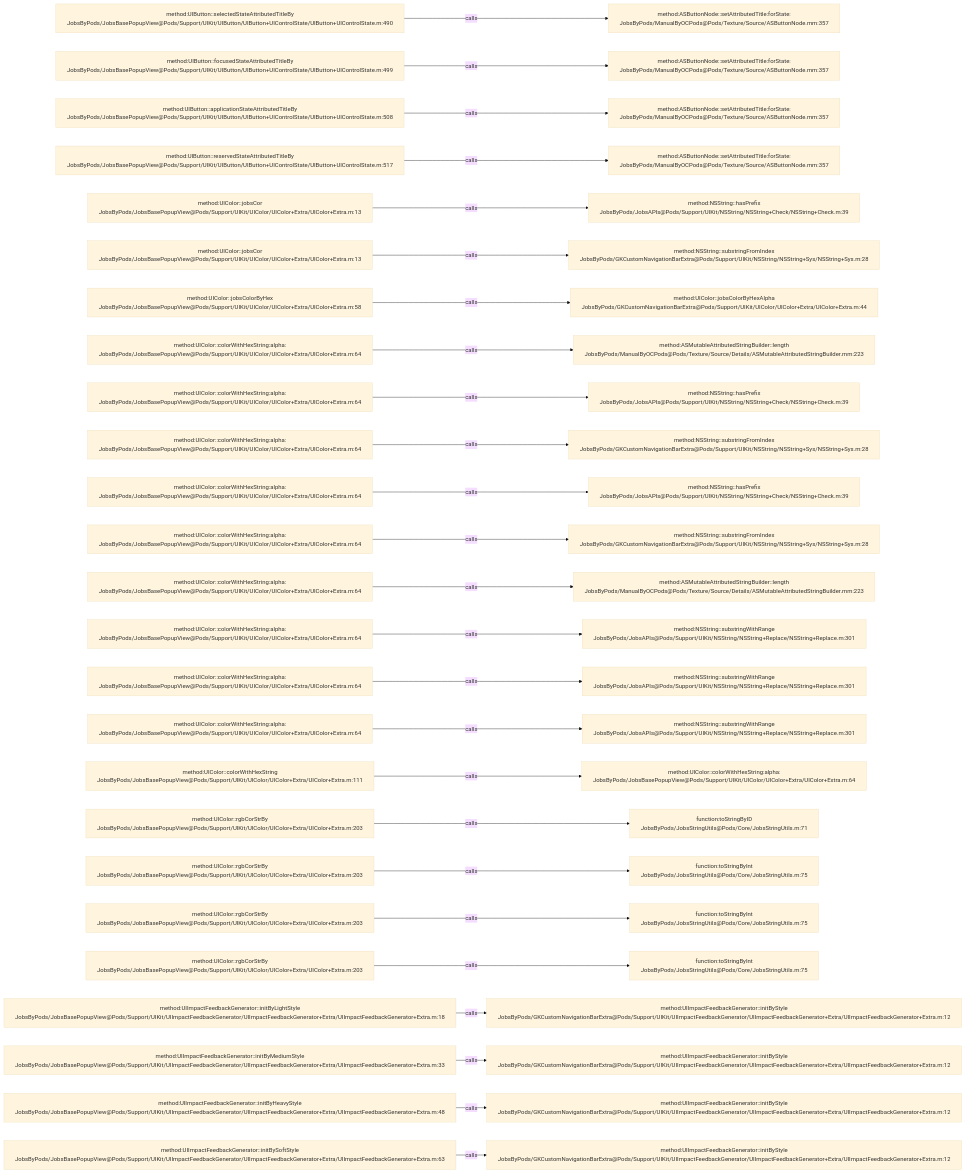
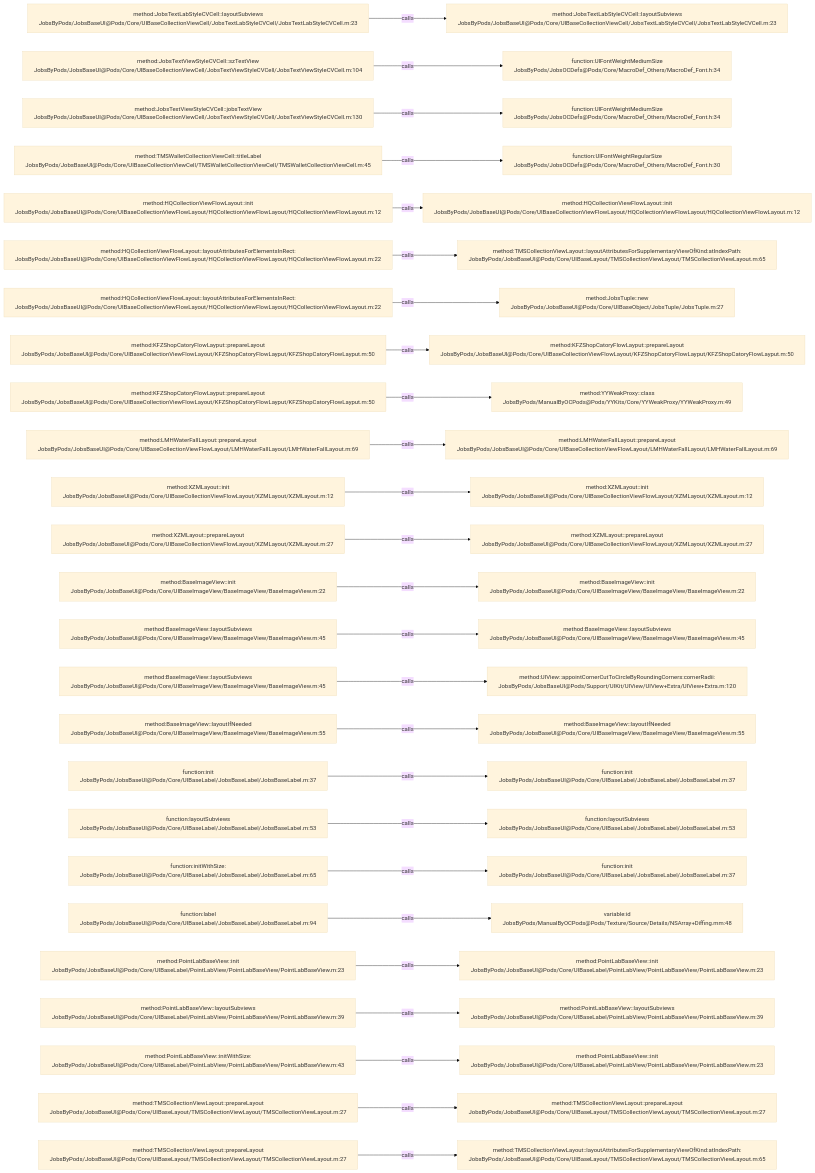
One commit to JobsKits/JobsOCBaseConfigDemo changed the diagram in .codegraph/codegraph.md/graphs/calls-029.md. Above: the diagram before and after it, drawn with Mermaid (base theme). The commit also changed 1026 other files, not shown here.

````diff
--- a/.codegraph/codegraph.md/graphs/calls-029.md
+++ b/.codegraph/codegraph.md/graphs/calls-029.md
@@ -13,78 +13,78 @@
 ```mermaid
 flowchart LR
-  S1["method:UIButton::selectedStateAttributedTitleBy<br/>JobsByPods/JobsBasePopupView@Pods/Support/UIKit/UIButton/UIButton+UIControlState/UIButton+UIControlState.m:490"]
-  T1["method:ASButtonNode::setAttributedTitle:forState:<br/>JobsByPods/ManualByOCPods@Pods/Texture/Source/ASButtonNode.mm:357"]
+  S1["method:JobsTextLabStyleCVCell::layoutSubviews<br/>JobsByPods/JobsBaseUI@Pods/Core/UIBaseCollectionViewCell/JobsTextLabStyleCVCell/JobsTextLabStyleCVCell.m:23"]
+  T1["method:JobsTextLabStyleCVCell::layoutSubviews<br/>JobsByPods/JobsBaseUI@Pods/Core/UIBaseCollectionViewCell/JobsTextLabStyleCVCell/JobsTextLabStyleCVCell.m:23"]
   S1 -->|calls| T1
-  S2["method:UIButton::focusedStateAttributedTitleBy<br/>JobsByPods/JobsBasePopupView@Pods/Support/UIKit/UIButton/UIButton+UIControlState/UIButton+UIControlState.m:499"]
-  T2["method:ASButtonNode::setAttributedTitle:forState:<br/>JobsByPods/ManualByOCPods@Pods/Texture/Source/ASButtonNode.mm:357"]
+  S2["method:JobsTextViewStyleCVCell::szTextView<br/>JobsByPods/JobsBaseUI@Pods/Core/UIBaseCollectionViewCell/JobsTextViewStyleCVCell/JobsTextViewStyleCVCell.m:104"]
+  T2["function:UIFontWeightMediumSize<br/>JobsByPods/JobsOCDefs@Pods/Core/MacroDef_Others/MacroDef_Font.h:34"]
   S2 -->|calls| T2
-  S3["method:UIButton::applicationStateAttributedTitleBy<br/>JobsByPods/JobsBasePopupView@Pods/Support/UIKit/UIButton/UIButton+UIControlState/UIButton+UIControlState.m:508"]
-  T3["method:ASButtonNode::setAttributedTitle:forState:<br/>JobsByPods/ManualByOCPods@Pods/Texture/Source/ASButtonNode.mm:357"]
+  S3["method:JobsTextViewStyleCVCell::jobsTextView<br/>JobsByPods/JobsBaseUI@Pods/Core/UIBaseCollectionViewCell/JobsTextViewStyleCVCell/JobsTextViewStyleCVCell.m:130"]
+  T3["function:UIFontWeightMediumSize<br/>JobsByPods/JobsOCDefs@Pods/Core/MacroDef_Others/MacroDef_Font.h:34"]
   S3 -->|calls| T3
-  S4["method:UIButton::reservedStateAttributedTitleBy<br/>JobsByPods/JobsBasePopupView@Pods/Support/UIKit/UIButton/UIButton+UIControlState/UIButton+UIControlState.m:517"]
-  T4["method:ASButtonNode::setAttributedTitle:forState:<br/>JobsByPods/ManualByOCPods@Pods/Texture/Source/ASButtonNode.mm:357"]
+  S4["method:TMSWalletCollectionViewCell::titleLabel<br/>JobsByPods/JobsBaseUI@Pods/Core/UIBaseCollectionViewCell/TMSWalletCollectionViewCell/TMSWalletCollectionViewCell.m:45"]
+  T4["function:UIFontWeightRegularSize<br/>JobsByPods/JobsOCDefs@Pods/Core/MacroDef_Others/MacroDef_Font.h:30"]
   S4 -->|calls| T4
-  S5["method:UIColor::jobsCor<br/>JobsByPods/JobsBasePopupView@Pods/Support/UIKit/UIColor/UIColor+Extra/UIColor+Extra.m:13"]
-  T5["method:NSString::hasPrefix<br/>JobsByPods/JobsAPIs@Pods/Support/UIKit/NSString/NSString+Check/NSString+Check.m:39"]
+  S5["method:HQCollectionViewFlowLayout::init<br/>JobsByPods/JobsBaseUI@Pods/Core/UIBaseCollectionViewFlowLayout/HQCollectionViewFlowLayout/HQCollectionViewFlowLayout.m:12"]
+  T5["method:HQCollectionViewFlowLayout::init<br/>JobsByPods/JobsBaseUI@Pods/Core/UIBaseCollectionViewFlowLayout/HQCollectionViewFlowLayout/HQCollectionViewFlowLayout.m:12"]
   S5 -->|calls| T5
-  S6["method:UIColor::jobsCor<br/>JobsByPods/JobsBasePopupView@Pods/Support/UIKit/UIColor/UIColor+Extra/UIColor+Extra.m:13"]
-  T6["method:NSString::substringFromIndex<br/>JobsByPods/GKCustomNavigationBarExtra@Pods/Support/UIKit/NSString/NSString+Sys/NSString+Sys.m:28"]
+  S6["method:HQCollectionViewFlowLayout::layoutAttributesForElementsInRect:<br/>JobsByPods/JobsBaseUI@Pods/Core/UIBaseCollectionViewFlowLayout/HQCollectionViewFlowLayout/HQCollectionViewFlowLayout.m:22"]
+  T6["method:TMSCollectionViewLayout::layoutAttributesForSupplementaryViewOfKind:atIndexPath:<br/>JobsByPods/JobsBaseUI@Pods/Core/UIBaseLayout/TMSCollectionViewLayout/TMSCollectionViewLayout.m:65"]
   S6 -->|calls| T6
-  S7["method:UIColor::jobsColorByHex<br/>JobsByPods/JobsBasePopupView@Pods/Support/UIKit/UIColor/UIColor+Extra/UIColor+Extra.m:58"]
-  T7["method:UIColor::jobsColorByHexAlpha<br/>JobsByPods/GKCustomNavigationBarExtra@Pods/Support/UIKit/UIColor/UIColor+Extra/UIColor+Extra.m:44"]
+  S7["method:HQCollectionViewFlowLayout::layoutAttributesForElementsInRect:<br/>JobsByPods/JobsBaseUI@Pods/Core/UIBaseCollectionViewFlowLayout/HQCollectionViewFlowLayout/HQCollectionViewFlowLayout.m:22"]
+  T7["method:JobsTuple::new<br/>JobsByPods/JobsBaseUI@Pods/Core/UIBaseObject/JobsTuple/JobsTuple.m:27"]
   S7 -->|calls| T7
-  S8["method:UIColor::colorWithHexString:alpha:<br/>JobsByPods/JobsBasePopupView@Pods/Support/UIKit/UIColor/UIColor+Extra/UIColor+Extra.m:64"]
-  T8["method:ASMutableAttributedStringBuilder::length<br/>JobsByPods/ManualByOCPods@Pods/Texture/Source/Details/ASMutableAttributedStringBuilder.mm:223"]
+  S8["method:KFZShopCatoryFlowLayput::prepareLayout<br/>JobsByPods/JobsBaseUI@Pods/Core/UIBaseCollectionViewFlowLayout/KFZShopCatoryFlowLayput/KFZShopCatoryFlowLayput.m:50"]
+  T8["method:KFZShopCatoryFlowLayput::prepareLayout<br/>JobsByPods/JobsBaseUI@Pods/Core/UIBaseCollectionViewFlowLayout/KFZShopCatoryFlowLayput/KFZShopCatoryFlowLayput.m:50"]
   S8 -->|calls| T8
-  S9["method:UIColor::colorWithHexString:alpha:<br/>JobsByPods/JobsBasePopupView@Pods/Support/UIKit/UIColor/UIColor+Extra/UIColor+Extra.m:64"]
-  T9["method:NSString::hasPrefix<br/>JobsByPods/JobsAPIs@Pods/Support/UIKit/NSString/NSString+Check/NSString+Check.m:39"]
+  S9["method:KFZShopCatoryFlowLayput::prepareLayout<br/>JobsByPods/JobsBaseUI@Pods/Core/UIBaseCollectionViewFlowLayout/KFZShopCatoryFlowLayput/KFZShopCatoryFlowLayput.m:50"]
+  T9["method:YYWeakProxy::class<br/>JobsByPods/ManualByOCPods@Pods/YYKits/Core/YYWeakProxy/YYWeakProxy.m:49"]
   S9 -->|calls| T9
-  S10["method:UIColor::colorWithHexString:alpha:<br/>JobsByPods/JobsBasePopupView@Pods/Support/UIKit/UIColor/UIColor+Extra/UIColor+Extra.m:64"]
-  T10["method:NSString::substringFromIndex<br/>JobsByPods/GKCustomNavigationBarExtra@Pods/Support/UIKit/NSString/NSString+Sys/NSString+Sys.m:28"]
+  S10["method:LMHWaterFallLayout::prepareLayout<br/>JobsByPods/JobsBaseUI@Pods/Core/UIBaseCollectionViewFlowLayout/LMHWaterFallLayout/LMHWaterFallLayout.m:69"]
+  T10["method:LMHWaterFallLayout::prepareLayout<br/>JobsByPods/JobsBaseUI@Pods/Core/UIBaseCollectionViewFlowLayout/LMHWaterFallLayout/LMHWaterFallLayout.m:69"]
   S10 -->|calls| T10
-  S11["method:UIColor::colorWithHexString:alpha:<br/>JobsByPods/JobsBasePopupView@Pods/Support/UIKit/UIColor/UIColor+Extra/UIColor+Extra.m:64"]
-  T11["method:NSString::hasPrefix<br/>JobsByPods/JobsAPIs@Pods/Support/UIKit/NSString/NSString+Check/NSString+Check.m:39"]
+  S11["method:XZMLayout::init<br/>JobsByPods/JobsBaseUI@Pods/Core/UIBaseCollectionViewFlowLayout/XZMLayout/XZMLayout.m:12"]
+  T11["method:XZMLayout::init<br/>JobsByPods/JobsBaseUI@Pods/Core/UIBaseCollectionViewFlowLayout/XZMLayout/XZMLayout.m:12"]
   S11 -->|calls| T11
-  S12["method:UIColor::colorWithHexString:alpha:<br/>JobsByPods/JobsBasePopupView@Pods/Support/UIKit/UIColor/UIColor+Extra/UIColor+Extra.m:64"]
-  T12["method:NSString::substringFromIndex<br/>JobsByPods/GKCustomNavigationBarExtra@Pods/Support/UIKit/NSString/NSString+Sys/NSString+Sys.m:28"]
+  S12["method:XZMLayout::prepareLayout<br/>JobsByPods/JobsBaseUI@Pods/Core/UIBaseCollectionViewFlowLayout/XZMLayout/XZMLayout.m:27"]
+  T12["method:XZMLayout::prepareLayout<br/>JobsByPods/JobsBaseUI@Pods/Core/UIBaseCollectionViewFlowLayout/XZMLayout/XZMLayout.m:27"]
   S12 -->|calls| T12
-  S13["method:UIColor::colorWithHexString:alpha:<br/>JobsByPods/JobsBasePopupView@Pods/Support/UIKit/UIColor/UIColor+Extra/UIColor+Extra.m:64"]
-  T13["method:ASMutableAttributedStringBuilder::length<br/>JobsByPods/ManualByOCPods@Pods/Texture/Source/Details/ASMutableAttributedStringBuilder.mm:223"]
+  S13["method:BaseImageView::init<br/>JobsByPods/JobsBaseUI@Pods/Core/UIBaseImageView/BaseImageView/BaseImageView.m:22"]
+  T13["method:BaseImageView::init<br/>JobsByPods/JobsBaseUI@Pods/Core/UIBaseImageView/BaseImageView/BaseImageView.m:22"]
   S13 -->|calls| T13
-  S14["method:UIColor::colorWithHexString:alpha:<br/>JobsByPods/JobsBasePopupView@Pods/Support/UIKit/UIColor/UIColor+Extra/UIColor+Extra.m:64"]
-  T14["method:NSString::substringWithRange<br/>JobsByPods/JobsAPIs@Pods/Support/UIKit/NSString/NSString+Replace/NSString+Replace.m:301"]
+  S14["method:BaseImageView::layoutSubviews<br/>JobsByPods/JobsBaseUI@Pods/Core/UIBaseImageView/BaseImageView/BaseImageView.m:45"]
+  T14["method:BaseImageView::layoutSubviews<br/>JobsByPods/JobsBaseUI@Pods/Core/UIBaseImageView/BaseImageView/BaseImageView.m:45"]
   S14 -->|calls| T14
-  S15["method:UIColor::colorWithHexString:alpha:<br/>JobsByPods/JobsBasePopupView@Pods/Support/UIKit/UIColor/UIColor+Extra/UIColor+Extra.m:64"]
-  T15["method:NSString::substringWithRange<br/>JobsByPods/JobsAPIs@Pods/Support/UIKit/NSString/NSString+Replace/NSString+Replace.m:301"]
+  S15["method:BaseImageView::layoutSubviews<br/>JobsByPods/JobsBaseUI@Pods/Core/UIBaseImageView/BaseImageView/BaseImageView.m:45"]
+  T15["method:UIView::appointCornerCutToCircleByRoundingCorners:cornerRadii:<br/>JobsByPods/JobsBaseUI@Pods/Support/UIKit/UIView/UIView+Extra/UIView+Extra.m:120"]
   S15 -->|calls| T15
-  S16["method:UIColor::colorWithHexString:alpha:<br/>JobsByPods/JobsBasePopupView@Pods/Support/UIKit/UIColor/UIColor+Extra/UIColor+Extra.m:64"]
-  T16["method:NSString::substringWithRange<br/>JobsByPods/JobsAPIs@Pods/Support/UIKit/NSString/NSString+Replace/NSString+Replace.m:301"]
+  S16["method:BaseImageView::layoutIfNeeded<br/>JobsByPods/JobsBaseUI@Pods/Core/UIBaseImageView/BaseImageView/BaseImageView.m:55"]
+  T16["method:BaseImageView::layoutIfNeeded<br/>JobsByPods/JobsBaseUI@Pods/Core/UIBaseImageView/BaseImageView/BaseImageView.m:55"]
   S16 -->|calls| T16
-  S17["method:UIColor::colorWithHexString<br/>JobsByPods/JobsBasePopupView@Pods/Support/UIKit/UIColor/UIColor+Extra/UIColor+Extra.m:111"]
-  T17["method:UIColor::colorWithHexString:alpha:<br/>JobsByPods/JobsBasePopupView@Pods/Support/UIKit/UIColor/UIColor+Extra/UIColor+Extra.m:64"]
+  S17["function:init<br/>JobsByPods/JobsBaseUI@Pods/Core/UIBaseLabel/JobsBaseLabel/JobsBaseLabel.m:37"]
+  T17["function:init<br/>JobsByPods/JobsBaseUI@Pods/Core/UIBaseLabel/JobsBaseLabel/JobsBaseLabel.m:37"]
   S17 -->|calls| T17
-  S18["method:UIColor::rgbCorStrBy<br/>JobsByPods/JobsBasePopupView@Pods/Support/UIKit/UIColor/UIColor+Extra/UIColor+Extra.m:203"]
-  T18["function:toStringByID<br/>JobsByPods/JobsStringUtils@Pods/Core/JobsStringUtils.m:71"]
+  S18["function:layoutSubviews<br/>JobsByPods/JobsBaseUI@Pods/Core/UIBaseLabel/JobsBaseLabel/JobsBaseLabel.m:53"]
+  T18["function:layoutSubviews<br/>JobsByPods/JobsBaseUI@Pods/Core/UIBaseLabel/JobsBaseLabel/JobsBaseLabel.m:53"]
   S18 -->|calls| T18
-  S19["method:UIColor::rgbCorStrBy<br/>JobsByPods/JobsBasePopupView@Pods/Support/UIKit/UIColor/UIColor+Extra/UIColor+Extra.m:203"]
-  T19["function:toStringByInt<br/>JobsByPods/JobsStringUtils@Pods/Core/JobsStringUtils.m:75"]
+  S19["function:initWithSize:<br/>JobsByPods/JobsBaseUI@Pods/Core/UIBaseLabel/JobsBaseLabel/JobsBaseLabel.m:65"]
+  T19["function:init<br/>JobsByPods/JobsBaseUI@Pods/Core/UIBaseLabel/JobsBaseLabel/JobsBaseLabel.m:37"]
   S19 -->|calls| T19
-  S20["method:UIColor::rgbCorStrBy<br/>JobsByPods/JobsBasePopupView@Pods/Support/UIKit/UIColor/UIColor+Extra/UIColor+Extra.m:203"]
-  T20["function:toStringByInt<br/>JobsByPods/JobsStringUtils@Pods/Core/JobsStringUtils.m:75"]
+  S20["function:label<br/>JobsByPods/JobsBaseUI@Pods/Core/UIBaseLabel/JobsBaseLabel/JobsBaseLabel.m:94"]
+  T20["variable:id<br/>JobsByPods/ManualByOCPods@Pods/Texture/Source/Details/NSArray+Diffing.mm:48"]
   S20 -->|calls| T20
-  S21["method:UIColor::rgbCorStrBy<br/>JobsByPods/JobsBasePopupView@Pods/Support/UIKit/UIColor/UIColor+Extra/UIColor+Extra.m:203"]
-  T21["function:toStringByInt<br/>JobsByPods/JobsStringUtils@Pods/Core/JobsStringUtils.m:75"]
+  S21["method:PointLabBaseView::init<br/>JobsByPods/JobsBaseUI@Pods/Core/UIBaseLabel/PointLabView/PointLabBaseView/PointLabBaseView.m:23"]
+  T21["method:PointLabBaseView::init<br/>JobsByPods/JobsBaseUI@Pods/Core/UIBaseLabel/PointLabView/PointLabBaseView/PointLabBaseView.m:23"]
   S21 -->|calls| T21
-  S22["method:UIImpactFeedbackGenerator::initByLightStyle<br/>JobsByPods/JobsBasePopupView@Pods/Support/UIKit/UIImpactFeedbackGenerator/UIImpactFeedbackGenerator+Extra/UIImpactFeedbackGenerator+Extra.m:18"]
-  T22["method:UIImpactFeedbackGenerator::initByStyle<br/>JobsByPods/GKCustomNavigationBarExtra@Pods/Support/UIKit/UIImpactFeedbackGenerator/UIImpactFeedbackGenerator+Extra/UIImpactFeedbackGenerator+Extra.m:12"]
+  S22["method:PointLabBaseView::layoutSubviews<br/>JobsByPods/JobsBaseUI@Pods/Core/UIBaseLabel/PointLabView/PointLabBaseView/PointLabBaseView.m:39"]
+  T22["method:PointLabBaseView::layoutSubviews<br/>JobsByPods/JobsBaseUI@Pods/Core/UIBaseLabel/PointLabView/PointLabBaseView/PointLabBaseView.m:39"]
   S22 -->|calls| T22
-  S23["method:UIImpactFeedbackGenerator::initByMediumStyle<br/>JobsByPods/JobsBasePopupView@Pods/Support/UIKit/UIImpactFeedbackGenerator/UIImpactFeedbackGenerator+Extra/UIImpactFeedbackGenerator+Extra.m:33"]
-  T23["method:UIImpactFeedbackGenerator::initByStyle<br/>JobsByPods/GKCustomNavigationBarExtra@Pods/Support/UIKit/UIImpactFeedbackGenerator/UIImpactFeedbackGenerator+Extra/UIImpactFeedbackGenerator+Extra.m:12"]
+  S23["method:PointLabBaseView::initWithSize:<br/>JobsByPods/JobsBaseUI@Pods/Core/UIBaseLabel/PointLabView/PointLabBaseView/PointLabBaseView.m:43"]
+  T23["method:PointLabBaseView::init<br/>JobsByPods/JobsBaseUI@Pods/Core/UIBaseLabel/PointLabView/PointLabBaseView/PointLabBaseView.m:23"]
   S23 -->|calls| T23
-  S24["method:UIImpactFeedbackGenerator::initByHeavyStyle<br/>JobsByPods/JobsBasePopupView@Pods/Support/UIKit/UIImpactFeedbackGenerator/UIImpactFeedbackGenerator+Extra/UIImpactFeedbackGenerator+Extra.m:48"]
-  T24["method:UIImpactFeedbackGenerator::initByStyle<br/>JobsByPods/GKCustomNavigationBarExtra@Pods/Support/UIKit/UIImpactFeedbackGenerator/UIImpactFeedbackGenerator+Extra/UIImpactFeedbackGenerator+Extra.m:12"]
+  S24["method:TMSCollectionViewLayout::prepareLayout<br/>JobsByPods/JobsBaseUI@Pods/Core/UIBaseLayout/TMSCollectionViewLayout/TMSCollectionViewLayout.m:27"]
+  T24["method:TMSCollectionViewLayout::prepareLayout<br/>JobsByPods/JobsBaseUI@Pods/Core/UIBaseLayout/TMSCollectionViewLayout/TMSCollectionViewLayout.m:27"]
   S24 -->|calls| T24
-  S25["method:UIImpactFeedbackGenerator::initBySoftStyle<br/>JobsByPods/JobsBasePopupView@Pods/Support/UIKit/UIImpactFeedbackGenerator/UIImpactFeedbackGenerator+Extra/UIImpactFeedbackGenerator+Extra.m:63"]
-  T25["method:UIImpactFeedbackGenerator::initByStyle<br/>JobsByPods/GKCustomNavigationBarExtra@Pods/Support/UIKit/UIImpactFeedbackGenerator/UIImpactFeedbackGenerator+Extra/UIImpactFeedbackGenerator+Extra.m:12"]
+  S25["method:TMSCollectionViewLayout::prepareLayout<br/>JobsByPods/JobsBaseUI@Pods/Core/UIBaseLayout/TMSCollectionViewLayout/TMSCollectionViewLayout.m:27"]
+  T25["method:TMSCollectionViewLayout::layoutAttributesForSupplementaryViewOfKind:atIndexPath:<br/>JobsByPods/JobsBaseUI@Pods/Core/UIBaseLayout/TMSCollectionViewLayout/TMSCollectionViewLayout.m:65"]
   S25 -->|calls| T25
 ```
````
